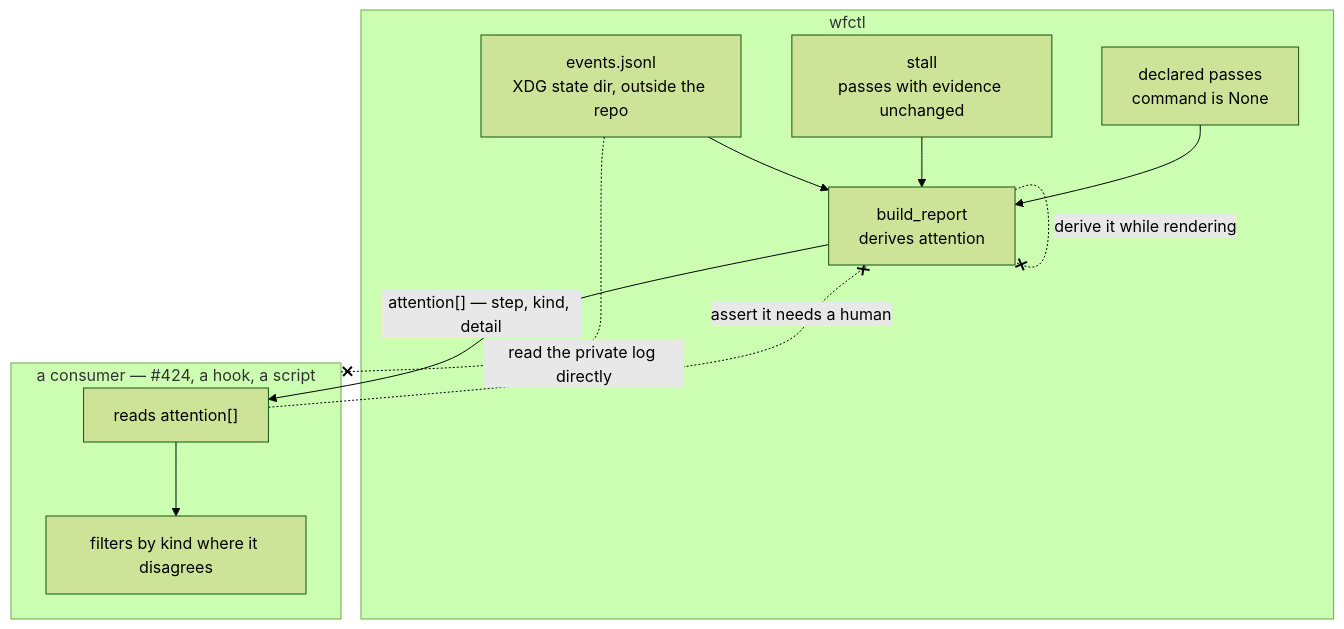
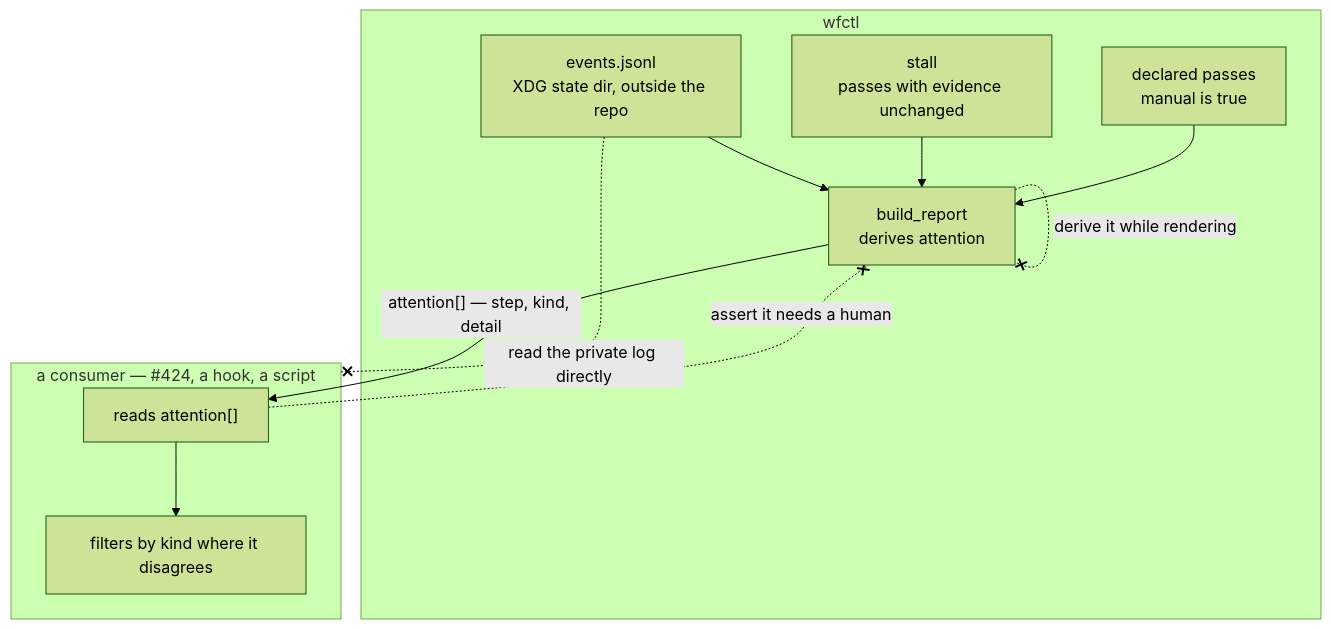
The diagram in docs/architecture/wfctl-owns-whether-a-worktree-wants-a-human.md (aamarin/wfctl), drawn with Mermaid (forest theme) before and after one commit. The commit also changed other lines of this file, not shown here.

First line of the commit message:
docs(arch): name `manual` as the field the pass condition reads

````diff
--- a/docs/architecture/wfctl-owns-whether-a-worktree-wants-a-human.md
+++ b/docs/architecture/wfctl-owns-whether-a-worktree-wants-a-human.md
@@ -73,21 +73,21 @@
 ```mermaid
 flowchart TB
     subgraph wfctl
         E["events.jsonl<br>XDG state dir, outside the repo"]
         S["stall<br>passes with evidence unchanged"]
-        D["declared passes<br>command is None"]
+        D["declared passes<br>manual is true"]
         B["build_report<br>derives attention"]
         E --> B
         S --> B
         D --> B
     end
     subgraph consumer["a consumer — #424, a hook, a script"]
         R["reads attention[]"]
         F["filters by kind where it disagrees"]
         R --> F
     end
     B -- "attention[] — step, kind, detail" --> R
     E -. "read the private log directly" .-x consumer
     R -. "assert it needs a human" .-x B
     B -. "derive it while rendering" .-x B
 ```
````
